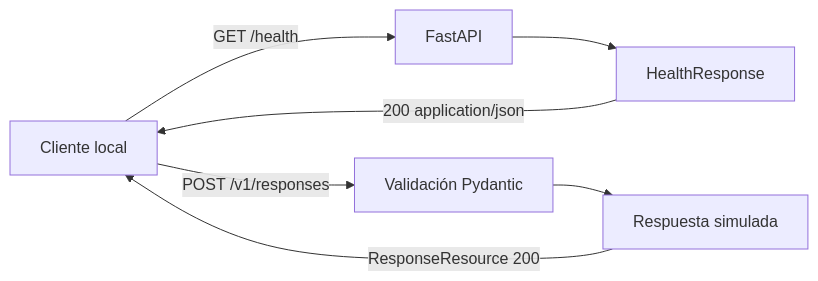
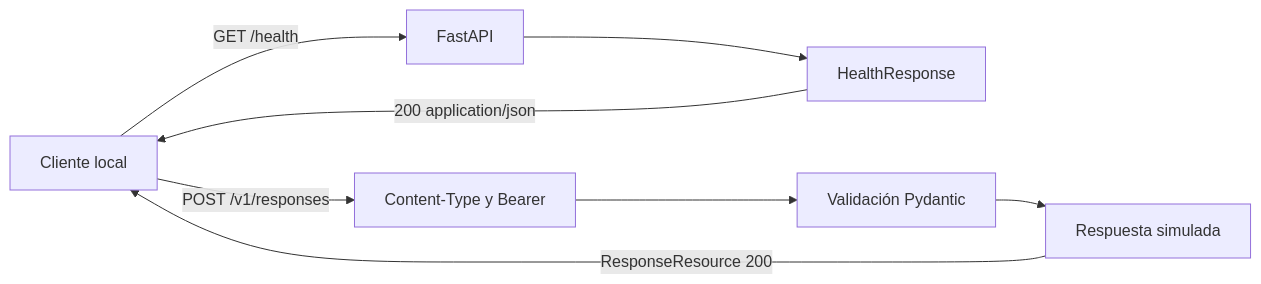
The third of 5 diagrams in docs/arquitectura.md (garay54/AgenteCV), drawn with Mermaid before and after one commit. The commit also changed other lines of this file and 12 other files, not shown here.

````diff
--- a/docs/arquitectura.md
+++ b/docs/arquitectura.md
@@ -77,9 +77,10 @@
 ```mermaid
 flowchart LR
     C[Cliente local] -->|GET /health| F[FastAPI]
     F --> H[HealthResponse]
     H -->|200 application/json| C
-    C -->|POST /v1/responses| V[Validación Pydantic]
+    C -->|POST /v1/responses| A[Content-Type y Bearer]
+    A --> V[Validación Pydantic]
     V --> M[Respuesta simulada]
     M -->|ResponseResource 200| C
 ```
````
